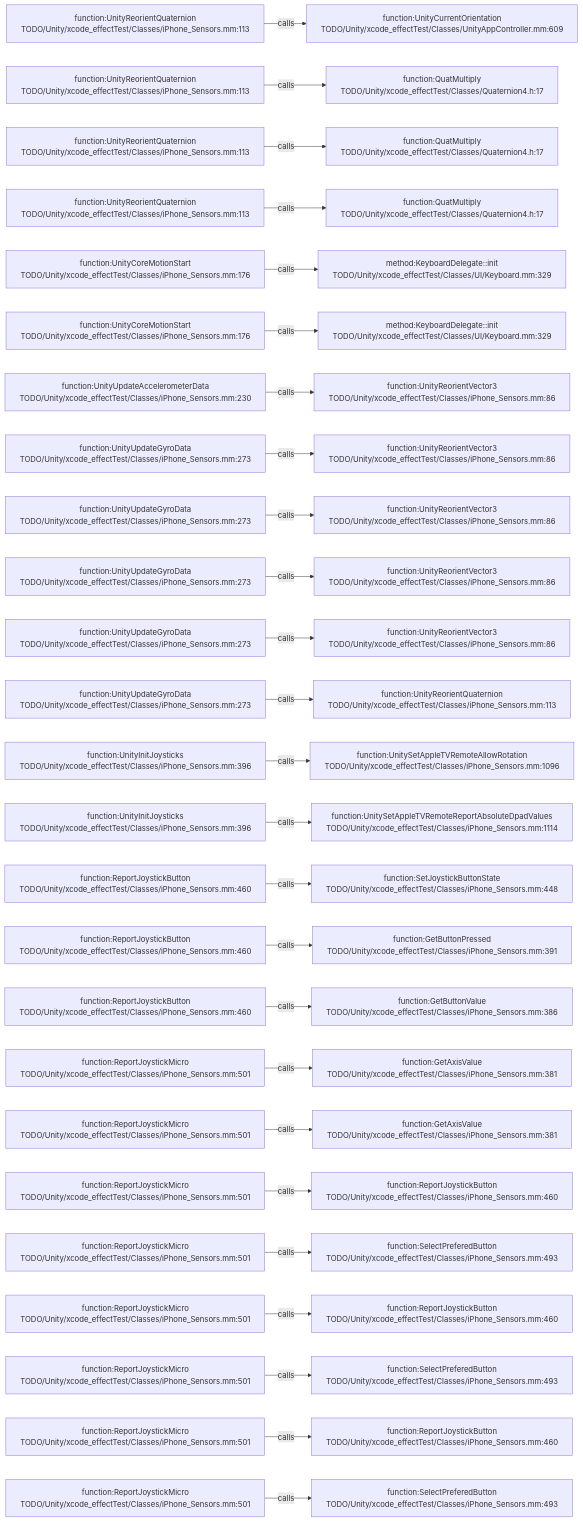
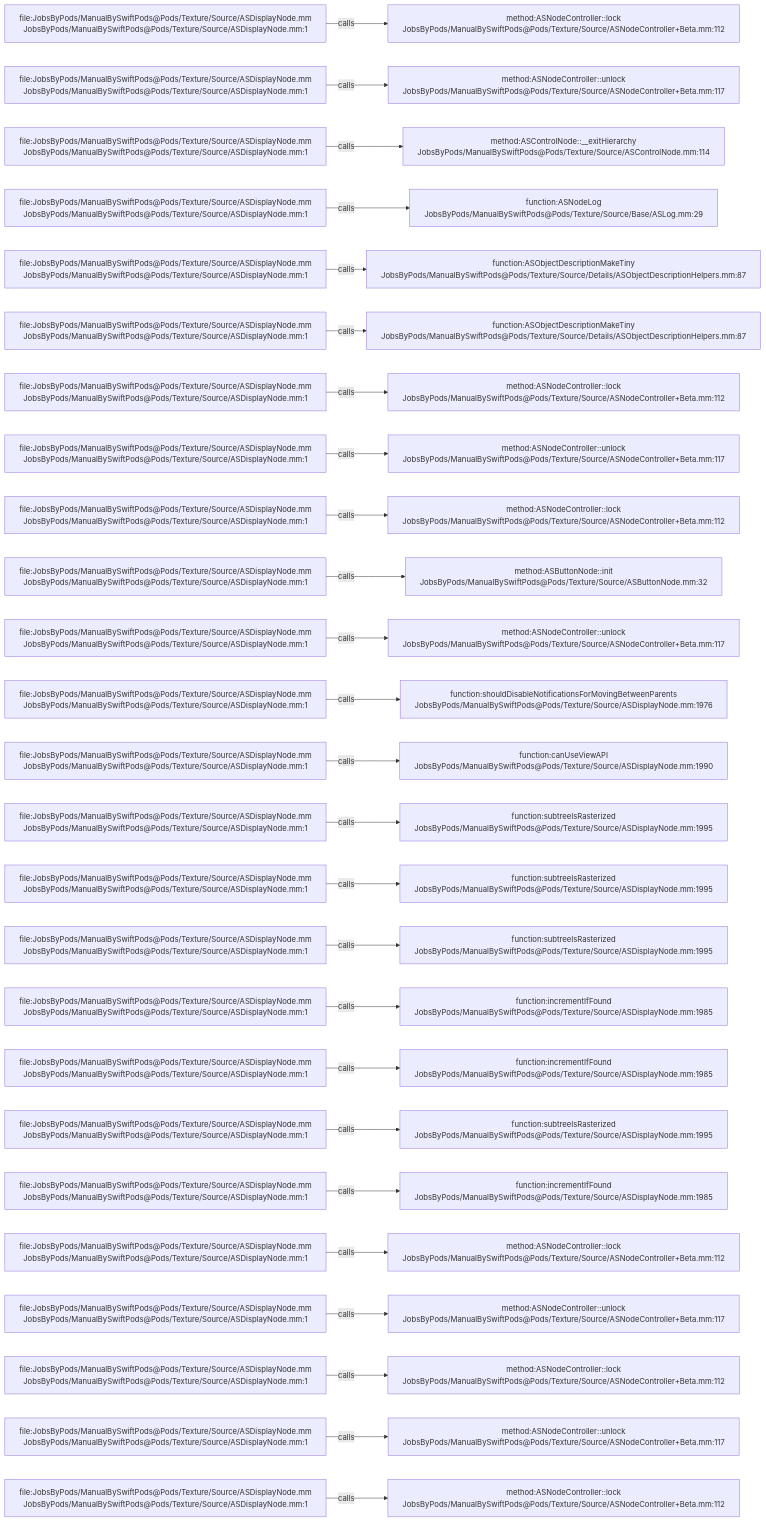
One commit to JobsKits/JobsSwiftBaseConfigDemo changed the diagram in .codegraph/codegraph.md/graphs/calls-051.md. Above: the diagram before and after it, drawn with Mermaid. The commit also changed 2959 other files, not shown here.

````diff
--- a/.codegraph/codegraph.md/graphs/calls-051.md
+++ b/.codegraph/codegraph.md/graphs/calls-051.md
@@ -13,78 +13,78 @@
 ```mermaid
 flowchart LR
-  S1["function:UnityReorientQuaternion<br/>TODO/Unity/xcode_effectTest/Classes/iPhone_Sensors.mm:113"]
-  T1["function:UnityCurrentOrientation<br/>TODO/Unity/xcode_effectTest/Classes/UnityAppController.mm:609"]
+  S1["file:JobsByPods/ManualBySwiftPods@Pods/Texture/Source/ASDisplayNode.mm<br/>JobsByPods/ManualBySwiftPods@Pods/Texture/Source/ASDisplayNode.mm:1"]
+  T1["method:ASNodeController::lock<br/>JobsByPods/ManualBySwiftPods@Pods/Texture/Source/ASNodeController+Beta.mm:112"]
   S1 -->|calls| T1
-  S2["function:UnityReorientQuaternion<br/>TODO/Unity/xcode_effectTest/Classes/iPhone_Sensors.mm:113"]
-  T2["function:QuatMultiply<br/>TODO/Unity/xcode_effectTest/Classes/Quaternion4.h:17"]
+  S2["file:JobsByPods/ManualBySwiftPods@Pods/Texture/Source/ASDisplayNode.mm<br/>JobsByPods/ManualBySwiftPods@Pods/Texture/Source/ASDisplayNode.mm:1"]
+  T2["method:ASNodeController::unlock<br/>JobsByPods/ManualBySwiftPods@Pods/Texture/Source/ASNodeController+Beta.mm:117"]
   S2 -->|calls| T2
-  S3["function:UnityReorientQuaternion<br/>TODO/Unity/xcode_effectTest/Classes/iPhone_Sensors.mm:113"]
-  T3["function:QuatMultiply<br/>TODO/Unity/xcode_effectTest/Classes/Quaternion4.h:17"]
+  S3["file:JobsByPods/ManualBySwiftPods@Pods/Texture/Source/ASDisplayNode.mm<br/>JobsByPods/ManualBySwiftPods@Pods/Texture/Source/ASDisplayNode.mm:1"]
+  T3["method:ASControlNode::__exitHierarchy<br/>JobsByPods/ManualBySwiftPods@Pods/Texture/Source/ASControlNode.mm:114"]
   S3 -->|calls| T3
-  S4["function:UnityReorientQuaternion<br/>TODO/Unity/xcode_effectTest/Classes/iPhone_Sensors.mm:113"]
-  T4["function:QuatMultiply<br/>TODO/Unity/xcode_effectTest/Classes/Quaternion4.h:17"]
+  S4["file:JobsByPods/ManualBySwiftPods@Pods/Texture/Source/ASDisplayNode.mm<br/>JobsByPods/ManualBySwiftPods@Pods/Texture/Source/ASDisplayNode.mm:1"]
+  T4["function:ASNodeLog<br/>JobsByPods/ManualBySwiftPods@Pods/Texture/Source/Base/ASLog.mm:29"]
   S4 -->|calls| T4
-  S5["function:UnityCoreMotionStart<br/>TODO/Unity/xcode_effectTest/Classes/iPhone_Sensors.mm:176"]
-  T5["method:KeyboardDelegate::init<br/>TODO/Unity/xcode_effectTest/Classes/UI/Keyboard.mm:329"]
+  S5["file:JobsByPods/ManualBySwiftPods@Pods/Texture/Source/ASDisplayNode.mm<br/>JobsByPods/ManualBySwiftPods@Pods/Texture/Source/ASDisplayNode.mm:1"]
+  T5["function:ASObjectDescriptionMakeTiny<br/>JobsByPods/ManualBySwiftPods@Pods/Texture/Source/Details/ASObjectDescriptionHelpers.mm:87"]
   S5 -->|calls| T5
-  S6["function:UnityCoreMotionStart<br/>TODO/Unity/xcode_effectTest/Classes/iPhone_Sensors.mm:176"]
-  T6["method:KeyboardDelegate::init<br/>TODO/Unity/xcode_effectTest/Classes/UI/Keyboard.mm:329"]
+  S6["file:JobsByPods/ManualBySwiftPods@Pods/Texture/Source/ASDisplayNode.mm<br/>JobsByPods/ManualBySwiftPods@Pods/Texture/Source/ASDisplayNode.mm:1"]
+  T6["function:ASObjectDescriptionMakeTiny<br/>JobsByPods/ManualBySwiftPods@Pods/Texture/Source/Details/ASObjectDescriptionHelpers.mm:87"]
   S6 -->|calls| T6
-  S7["function:UnityUpdateAccelerometerData<br/>TODO/Unity/xcode_effectTest/Classes/iPhone_Sensors.mm:230"]
-  T7["function:UnityReorientVector3<br/>TODO/Unity/xcode_effectTest/Classes/iPhone_Sensors.mm:86"]
+  S7["file:JobsByPods/ManualBySwiftPods@Pods/Texture/Source/ASDisplayNode.mm<br/>JobsByPods/ManualBySwiftPods@Pods/Texture/Source/ASDisplayNode.mm:1"]
+  T7["method:ASNodeController::lock<br/>JobsByPods/ManualBySwiftPods@Pods/Texture/Source/ASNodeController+Beta.mm:112"]
   S7 -->|calls| T7
-  S8["function:UnityUpdateGyroData<br/>TODO/Unity/xcode_effectTest/Classes/iPhone_Sensors.mm:273"]
-  T8["function:UnityReorientVector3<br/>TODO/Unity/xcode_effectTest/Classes/iPhone_Sensors.mm:86"]
+  S8["file:JobsByPods/ManualBySwiftPods@Pods/Texture/Source/ASDisplayNode.mm<br/>JobsByPods/ManualBySwiftPods@Pods/Texture/Source/ASDisplayNode.mm:1"]
+  T8["method:ASNodeController::unlock<br/>JobsByPods/ManualBySwiftPods@Pods/Texture/Source/ASNodeController+Beta.mm:117"]
   S8 -->|calls| T8
-  S9["function:UnityUpdateGyroData<br/>TODO/Unity/xcode_effectTest/Classes/iPhone_Sensors.mm:273"]
-  T9["function:UnityReorientVector3<br/>TODO/Unity/xcode_effectTest/Classes/iPhone_Sensors.mm:86"]
+  S9["file:JobsByPods/ManualBySwiftPods@Pods/Texture/Source/ASDisplayNode.mm<br/>JobsByPods/ManualBySwiftPods@Pods/Texture/Source/ASDisplayNode.mm:1"]
+  T9["method:ASNodeController::lock<br/>JobsByPods/ManualBySwiftPods@Pods/Texture/Source/ASNodeController+Beta.mm:112"]
   S9 -->|calls| T9
-  S10["function:UnityUpdateGyroData<br/>TODO/Unity/xcode_effectTest/Classes/iPhone_Sensors.mm:273"]
-  T10["function:UnityReorientVector3<br/>TODO/Unity/xcode_effectTest/Classes/iPhone_Sensors.mm:86"]
+  S10["file:JobsByPods/ManualBySwiftPods@Pods/Texture/Source/ASDisplayNode.mm<br/>JobsByPods/ManualBySwiftPods@Pods/Texture/Source/ASDisplayNode.mm:1"]
+  T10["method:ASButtonNode::init<br/>JobsByPods/ManualBySwiftPods@Pods/Texture/Source/ASButtonNode.mm:32"]
   S10 -->|calls| T10
-  S11["function:UnityUpdateGyroData<br/>TODO/Unity/xcode_effectTest/Classes/iPhone_Sensors.mm:273"]
-  T11["function:UnityReorientVector3<br/>TODO/Unity/xcode_effectTest/Classes/iPhone_Sensors.mm:86"]
+  S11["file:JobsByPods/ManualBySwiftPods@Pods/Texture/Source/ASDisplayNode.mm<br/>JobsByPods/ManualBySwiftPods@Pods/Texture/Source/ASDisplayNode.mm:1"]
+  T11["method:ASNodeController::unlock<br/>JobsByPods/ManualBySwiftPods@Pods/Texture/Source/ASNodeController+Beta.mm:117"]
   S11 -->|calls| T11
-  S12["function:UnityUpdateGyroData<br/>TODO/Unity/xcode_effectTest/Classes/iPhone_Sensors.mm:273"]
-  T12["function:UnityReorientQuaternion<br/>TODO/Unity/xcode_effectTest/Classes/iPhone_Sensors.mm:113"]
+  S12["file:JobsByPods/ManualBySwiftPods@Pods/Texture/Source/ASDisplayNode.mm<br/>JobsByPods/ManualBySwiftPods@Pods/Texture/Source/ASDisplayNode.mm:1"]
+  T12["function:shouldDisableNotificationsForMovingBetweenParents<br/>JobsByPods/ManualBySwiftPods@Pods/Texture/Source/ASDisplayNode.mm:1976"]
   S12 -->|calls| T12
-  S13["function:UnityInitJoysticks<br/>TODO/Unity/xcode_effectTest/Classes/iPhone_Sensors.mm:396"]
-  T13["function:UnitySetAppleTVRemoteAllowRotation<br/>TODO/Unity/xcode_effectTest/Classes/iPhone_Sensors.mm:1096"]
+  S13["file:JobsByPods/ManualBySwiftPods@Pods/Texture/Source/ASDisplayNode.mm<br/>JobsByPods/ManualBySwiftPods@Pods/Texture/Source/ASDisplayNode.mm:1"]
+  T13["function:canUseViewAPI<br/>JobsByPods/ManualBySwiftPods@Pods/Texture/Source/ASDisplayNode.mm:1990"]
   S13 -->|calls| T13
-  S14["function:UnityInitJoysticks<br/>TODO/Unity/xcode_effectTest/Classes/iPhone_Sensors.mm:396"]
-  T14["function:UnitySetAppleTVRemoteReportAbsoluteDpadValues<br/>TODO/Unity/xcode_effectTest/Classes/iPhone_Sensors.mm:1114"]
+  S14["file:JobsByPods/ManualBySwiftPods@Pods/Texture/Source/ASDisplayNode.mm<br/>JobsByPods/ManualBySwiftPods@Pods/Texture/Source/ASDisplayNode.mm:1"]
+  T14["function:subtreeIsRasterized<br/>JobsByPods/ManualBySwiftPods@Pods/Texture/Source/ASDisplayNode.mm:1995"]
   S14 -->|calls| T14
-  S15["function:ReportJoystickButton<br/>TODO/Unity/xcode_effectTest/Classes/iPhone_Sensors.mm:460"]
-  T15["function:SetJoystickButtonState<br/>TODO/Unity/xcode_effectTest/Classes/iPhone_Sensors.mm:448"]
+  S15["file:JobsByPods/ManualBySwiftPods@Pods/Texture/Source/ASDisplayNode.mm<br/>JobsByPods/ManualBySwiftPods@Pods/Texture/Source/ASDisplayNode.mm:1"]
+  T15["function:subtreeIsRasterized<br/>JobsByPods/ManualBySwiftPods@Pods/Texture/Source/ASDisplayNode.mm:1995"]
   S15 -->|calls| T15
-  S16["function:ReportJoystickButton<br/>TODO/Unity/xcode_effectTest/Classes/iPhone_Sensors.mm:460"]
-  T16["function:GetButtonPressed<br/>TODO/Unity/xcode_effectTest/Classes/iPhone_Sensors.mm:391"]
+  S16["file:JobsByPods/ManualBySwiftPods@Pods/Texture/Source/ASDisplayNode.mm<br/>JobsByPods/ManualBySwiftPods@Pods/Texture/Source/ASDisplayNode.mm:1"]
+  T16["function:subtreeIsRasterized<br/>JobsByPods/ManualBySwiftPods@Pods/Texture/Source/ASDisplayNode.mm:1995"]
   S16 -->|calls| T16
-  S17["function:ReportJoystickButton<br/>TODO/Unity/xcode_effectTest/Classes/iPhone_Sensors.mm:460"]
-  T17["function:GetButtonValue<br/>TODO/Unity/xcode_effectTest/Classes/iPhone_Sensors.mm:386"]
+  S17["file:JobsByPods/ManualBySwiftPods@Pods/Texture/Source/ASDisplayNode.mm<br/>JobsByPods/ManualBySwiftPods@Pods/Texture/Source/ASDisplayNode.mm:1"]
+  T17["function:incrementIfFound<br/>JobsByPods/ManualBySwiftPods@Pods/Texture/Source/ASDisplayNode.mm:1985"]
   S17 -->|calls| T17
-  S18["function:ReportJoystickMicro<br/>TODO/Unity/xcode_effectTest/Classes/iPhone_Sensors.mm:501"]
-  T18["function:GetAxisValue<br/>TODO/Unity/xcode_effectTest/Classes/iPhone_Sensors.mm:381"]
+  S18["file:JobsByPods/ManualBySwiftPods@Pods/Texture/Source/ASDisplayNode.mm<br/>JobsByPods/ManualBySwiftPods@Pods/Texture/Source/ASDisplayNode.mm:1"]
+  T18["function:incrementIfFound<br/>JobsByPods/ManualBySwiftPods@Pods/Texture/Source/ASDisplayNode.mm:1985"]
   S18 -->|calls| T18
-  S19["function:ReportJoystickMicro<br/>TODO/Unity/xcode_effectTest/Classes/iPhone_Sensors.mm:501"]
-  T19["function:GetAxisValue<br/>TODO/Unity/xcode_effectTest/Classes/iPhone_Sensors.mm:381"]
+  S19["file:JobsByPods/ManualBySwiftPods@Pods/Texture/Source/ASDisplayNode.mm<br/>JobsByPods/ManualBySwiftPods@Pods/Texture/Source/ASDisplayNode.mm:1"]
+  T19["function:subtreeIsRasterized<br/>JobsByPods/ManualBySwiftPods@Pods/Texture/Source/ASDisplayNode.mm:1995"]
   S19 -->|calls| T19
-  S20["function:ReportJoystickMicro<br/>TODO/Unity/xcode_effectTest/Classes/iPhone_Sensors.mm:501"]
-  T20["function:ReportJoystickButton<br/>TODO/Unity/xcode_effectTest/Classes/iPhone_Sensors.mm:460"]
+  S20["file:JobsByPods/ManualBySwiftPods@Pods/Texture/Source/ASDisplayNode.mm<br/>JobsByPods/ManualBySwiftPods@Pods/Texture/Source/ASDisplayNode.mm:1"]
+  T20["function:incrementIfFound<br/>JobsByPods/ManualBySwiftPods@Pods/Texture/Source/ASDisplayNode.mm:1985"]
   S20 -->|calls| T20
-  S21["function:ReportJoystickMicro<br/>TODO/Unity/xcode_effectTest/Classes/iPhone_Sensors.mm:501"]
-  T21["function:SelectPreferedButton<br/>TODO/Unity/xcode_effectTest/Classes/iPhone_Sensors.mm:493"]
+  S21["file:JobsByPods/ManualBySwiftPods@Pods/Texture/Source/ASDisplayNode.mm<br/>JobsByPods/ManualBySwiftPods@Pods/Texture/Source/ASDisplayNode.mm:1"]
+  T21["method:ASNodeController::lock<br/>JobsByPods/ManualBySwiftPods@Pods/Texture/Source/ASNodeController+Beta.mm:112"]
   S21 -->|calls| T21
-  S22["function:ReportJoystickMicro<br/>TODO/Unity/xcode_effectTest/Classes/iPhone_Sensors.mm:501"]
-  T22["function:ReportJoystickButton<br/>TODO/Unity/xcode_effectTest/Classes/iPhone_Sensors.mm:460"]
+  S22["file:JobsByPods/ManualBySwiftPods@Pods/Texture/Source/ASDisplayNode.mm<br/>JobsByPods/ManualBySwiftPods@Pods/Texture/Source/ASDisplayNode.mm:1"]
+  T22["method:ASNodeController::unlock<br/>JobsByPods/ManualBySwiftPods@Pods/Texture/Source/ASNodeController+Beta.mm:117"]
   S22 -->|calls| T22
-  S23["function:ReportJoystickMicro<br/>TODO/Unity/xcode_effectTest/Classes/iPhone_Sensors.mm:501"]
-  T23["function:SelectPreferedButton<br/>TODO/Unity/xcode_effectTest/Classes/iPhone_Sensors.mm:493"]
+  S23["file:JobsByPods/ManualBySwiftPods@Pods/Texture/Source/ASDisplayNode.mm<br/>JobsByPods/ManualBySwiftPods@Pods/Texture/Source/ASDisplayNode.mm:1"]
+  T23["method:ASNodeController::lock<br/>JobsByPods/ManualBySwiftPods@Pods/Texture/Source/ASNodeController+Beta.mm:112"]
   S23 -->|calls| T23
-  S24["function:ReportJoystickMicro<br/>TODO/Unity/xcode_effectTest/Classes/iPhone_Sensors.mm:501"]
-  T24["function:ReportJoystickButton<br/>TODO/Unity/xcode_effectTest/Classes/iPhone_Sensors.mm:460"]
+  S24["file:JobsByPods/ManualBySwiftPods@Pods/Texture/Source/ASDisplayNode.mm<br/>JobsByPods/ManualBySwiftPods@Pods/Texture/Source/ASDisplayNode.mm:1"]
+  T24["method:ASNodeController::unlock<br/>JobsByPods/ManualBySwiftPods@Pods/Texture/Source/ASNodeController+Beta.mm:117"]
   S24 -->|calls| T24
-  S25["function:ReportJoystickMicro<br/>TODO/Unity/xcode_effectTest/Classes/iPhone_Sensors.mm:501"]
-  T25["function:SelectPreferedButton<br/>TODO/Unity/xcode_effectTest/Classes/iPhone_Sensors.mm:493"]
+  S25["file:JobsByPods/ManualBySwiftPods@Pods/Texture/Source/ASDisplayNode.mm<br/>JobsByPods/ManualBySwiftPods@Pods/Texture/Source/ASDisplayNode.mm:1"]
+  T25["method:ASNodeController::lock<br/>JobsByPods/ManualBySwiftPods@Pods/Texture/Source/ASNodeController+Beta.mm:112"]
   S25 -->|calls| T25
 ```
````
